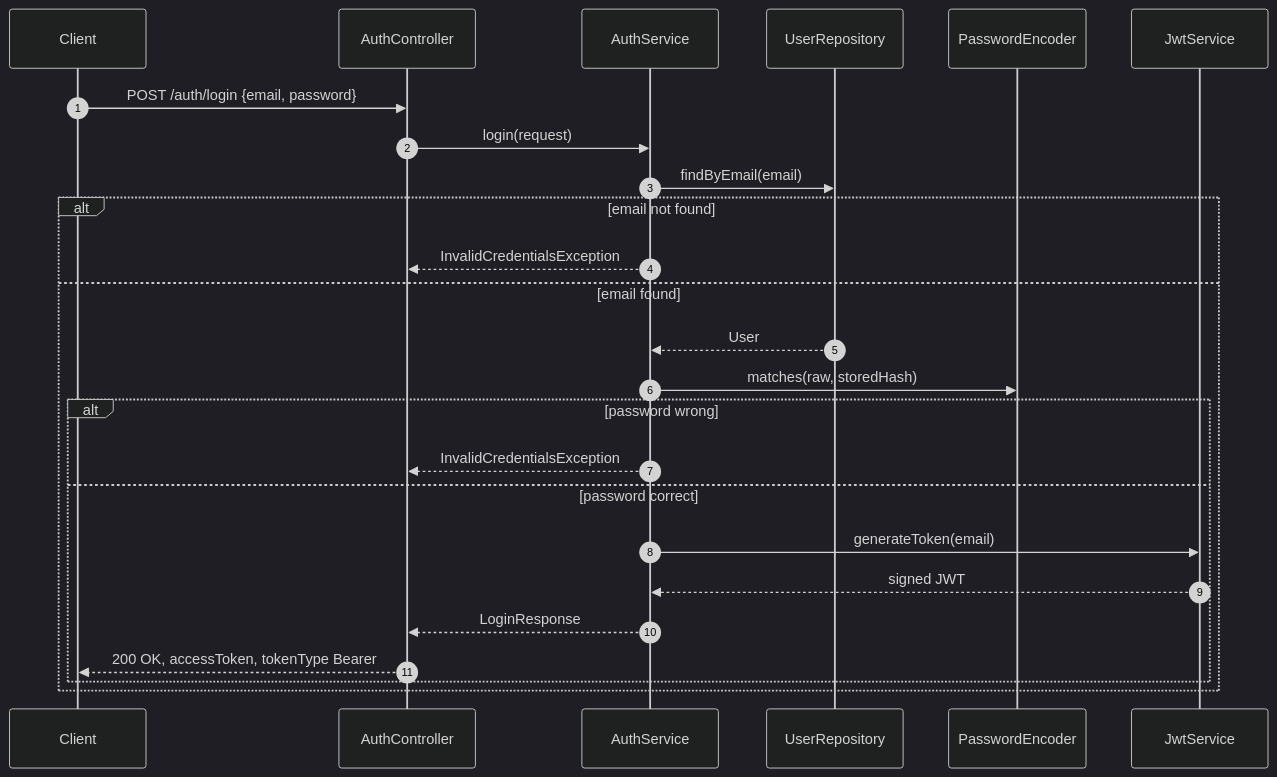
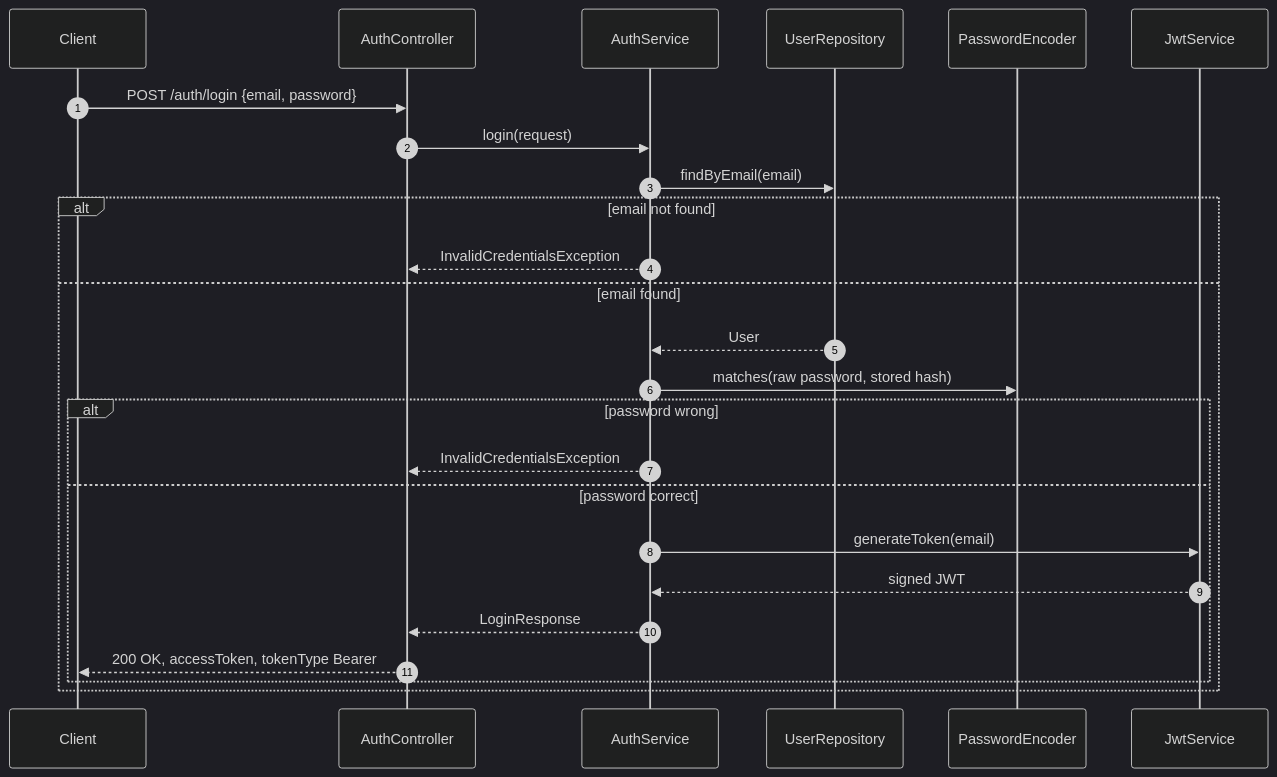
One commit to NikanEidi/ledgerlite changed the fourth of 5 diagrams in docs/01-auth.md. Above: the diagram before and after it, drawn with Mermaid (dark theme). The commit also changed other lines of this file and 15 other files, not shown here.

````diff
--- a/docs/01-auth.md
+++ b/docs/01-auth.md
@@ -106,28 +106,28 @@
 ```mermaid
 sequenceDiagram
     autonumber
     participant C as Client
     participant AC as AuthController
     participant AS as AuthService
     participant UR as UserRepository
     participant PE as PasswordEncoder
     participant JS as JwtService
 
     C->>AC: POST /auth/login {email, password}
     AC->>AS: login(request)
     AS->>UR: findByEmail(email)
     alt email not found
         AS-->>AC: InvalidCredentialsException
     else email found
         UR-->>AS: User
-        AS->>PE: matches(raw, storedHash)
+        AS->>PE: matches(raw password, stored hash)
         alt password wrong
             AS-->>AC: InvalidCredentialsException
         else password correct
             AS->>JS: generateToken(email)
             JS-->>AS: signed JWT
             AS-->>AC: LoginResponse
             AC-->>C: 200 OK, accessToken, tokenType Bearer
         end
     end
 ```
````
